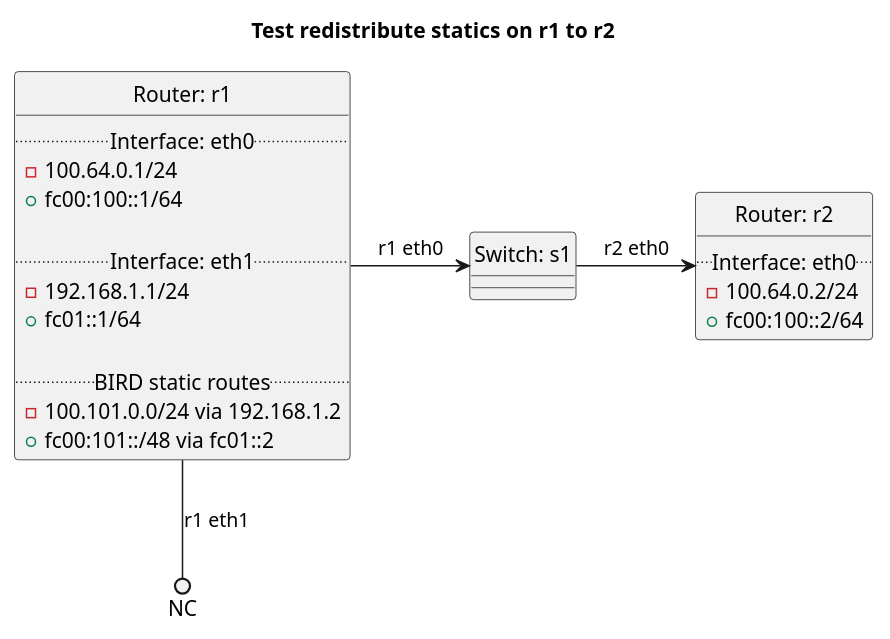
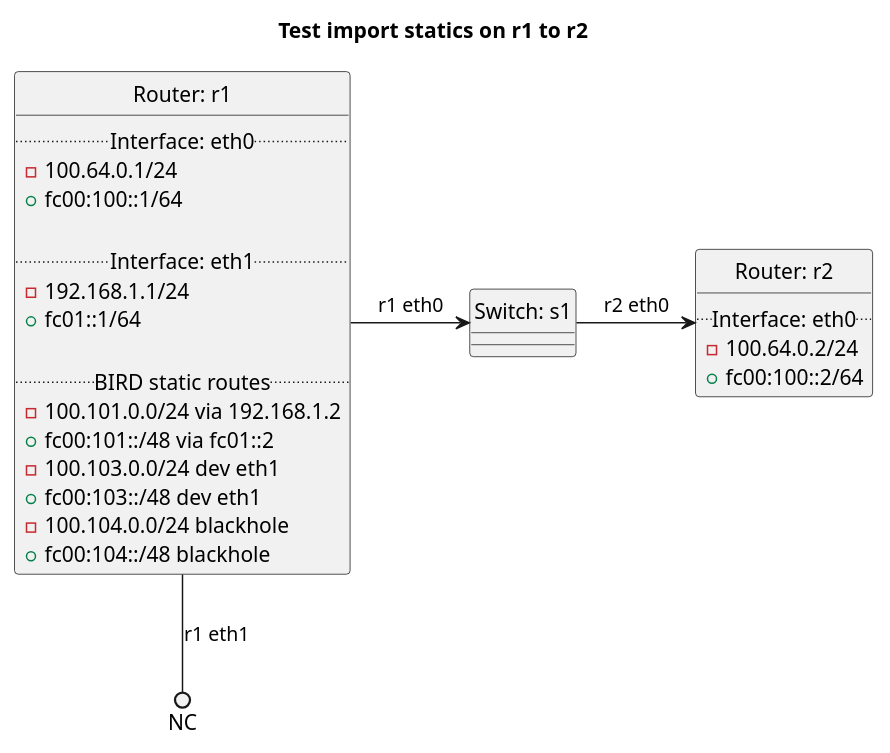
One commit to oscdev-io/birdplan changed the diagram in tests/t40_bgp/t26_import_static/README.md. Above: the diagram before and after it, drawn with PlantUML. The commit also changed other lines of this file and 393 other files, not shown here.

````diff
--- a/tests/t40_bgp/t26_import_static/README.md
+++ b/tests/t40_bgp/t26_import_static/README.md
@@ -19,38 +25,42 @@
 ```plantuml
 @startuml
 hide circle
-title Test redistribute statics on r1 to r2
+title Test import statics on r1 to r2
 
 
 class "Router: r1" {
   .. Interface: eth0 ..
 - 100.64.0.1/24
 + fc00:100::1/64
 
   .. Interface: eth1 ..
 - 192.168.1.1/24
 + fc01::1/64
 
   .. BIRD static routes ..
 - 100.101.0.0/24 via 192.168.1.2
 + fc00:101::/48 via fc01::2
+- 100.103.0.0/24 dev eth1
++ fc00:103::/48 dev eth1
+- 100.104.0.0/24 blackhole
++ fc00:104::/48 blackhole
 }
 
 
 class "Router: r2" {
   .. Interface: eth0 ..
 - 100.64.0.2/24
 + fc00:100::2/64
 }
 
 
 class "Switch: s1" {}
 
 
 "Router: r1" -> "Switch: s1": r1 eth0
 "Switch: s1" -> "Router: r2": r2 eth0
 "Router: r1" --() NC: r1 eth1
 
 
 @enduml
 ```
````
